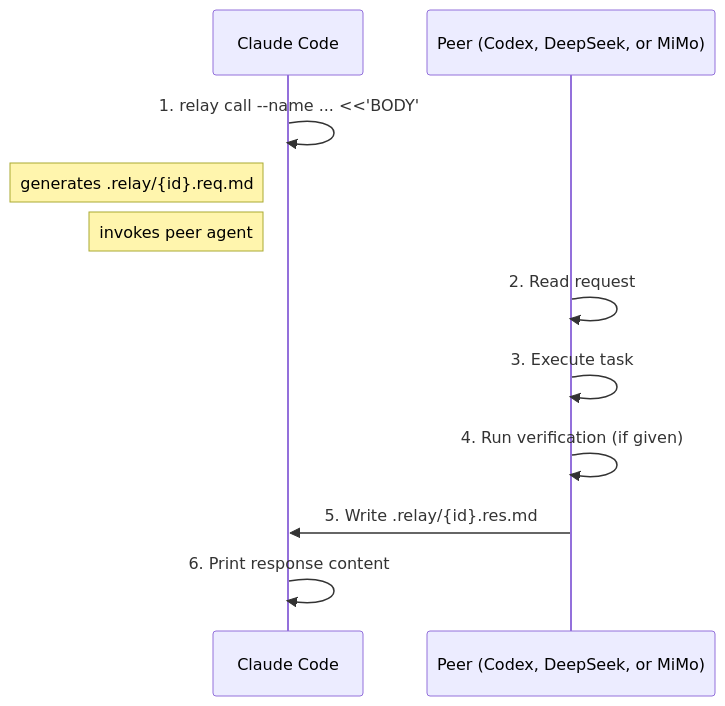
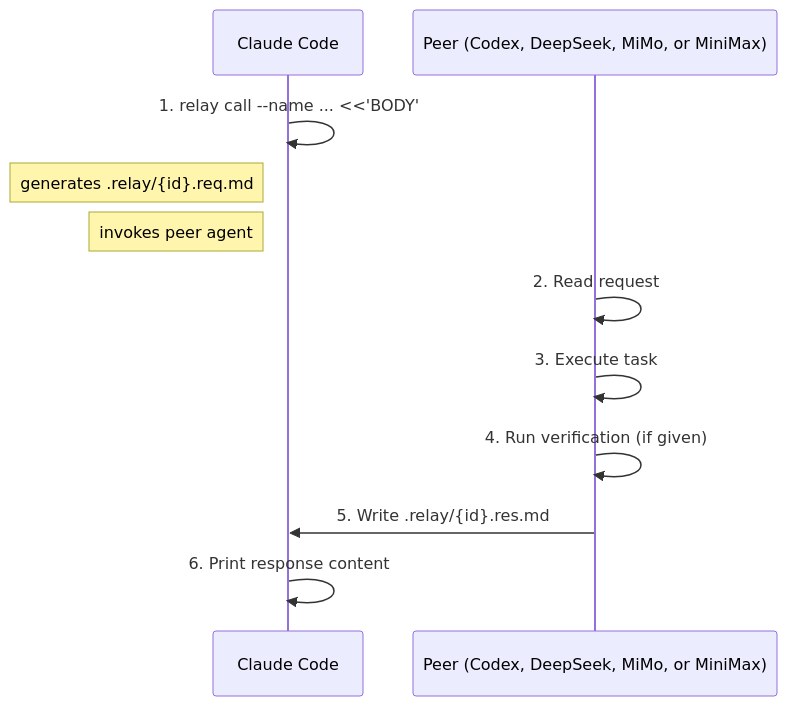
One commit to chrisliu298/dotfiles changed the diagram in agents/extensions/skills/relay/README.md. Above: the diagram before and after it, drawn with Mermaid. The commit also changed other lines of this file and 7 other files, not shown here.

````diff
--- a/agents/extensions/skills/relay/README.md
+++ b/agents/extensions/skills/relay/README.md
@@ -93,14 +98,14 @@
 ```mermaid
 sequenceDiagram
     participant C as Claude Code
-    participant P as Peer (Codex, DeepSeek, or MiMo)
+    participant P as Peer (Codex, DeepSeek, MiMo, or MiniMax)
 
     C->>C: 1. relay call --name ... <<'BODY'
     Note left of C: generates .relay/{id}.req.md
     Note left of C: invokes peer agent
     P->>P: 2. Read request
     P->>P: 3. Execute task
     P->>P: 4. Run verification (if given)
     P->>C: 5. Write .relay/{id}.res.md
     C->>C: 6. Print response content
 ```
````
